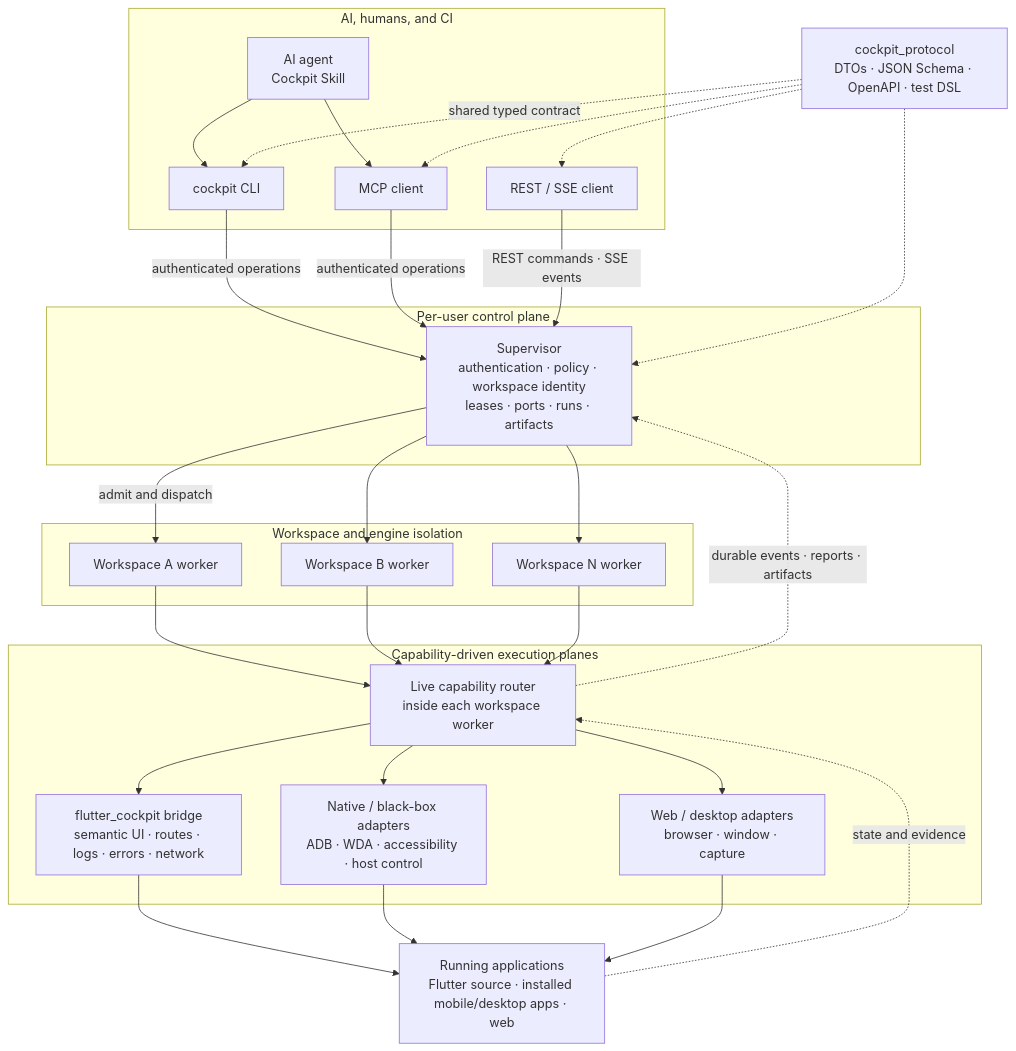
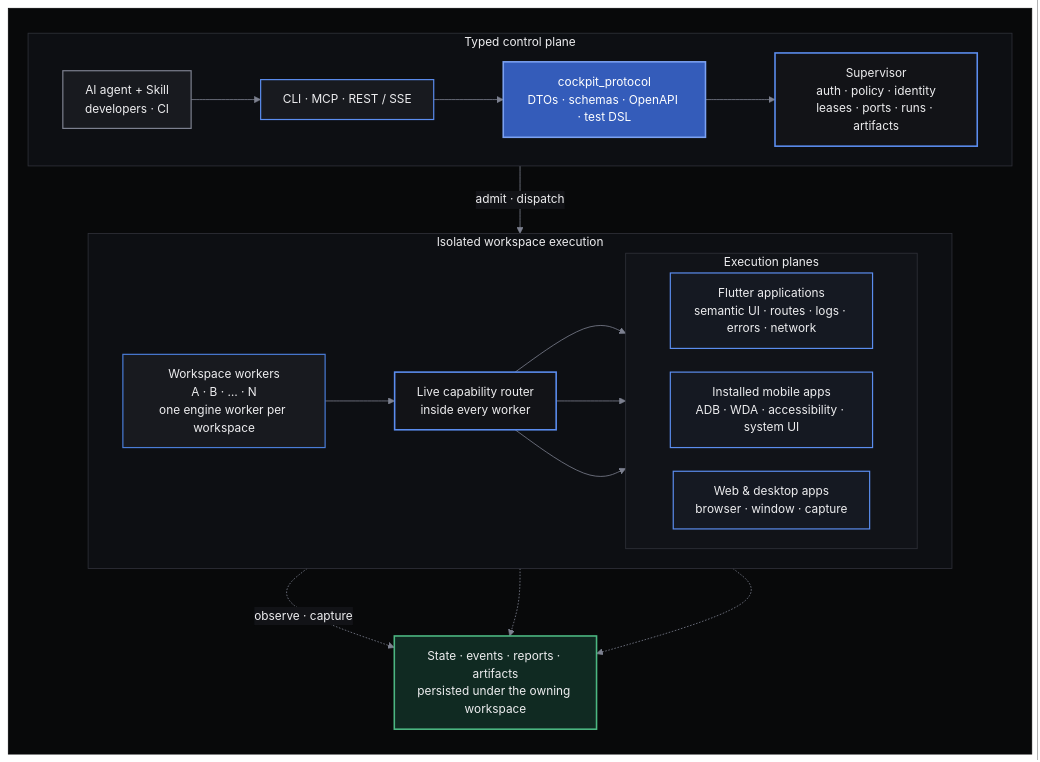
The diagram in README.md (cockpit-dev/cockpit), drawn with Mermaid before and after one commit. The commit also changed 1 other file, not shown here.

Commit message:
docs: refine Cockpit architecture diagram

````diff
--- a/README.md
+++ b/README.md
@@ -119,54 +119,61 @@
 ```mermaid
+%%{init: {"theme": "base", "themeVariables": {"darkMode": true, "background": "#08090A", "fontFamily": "system-ui, -apple-system, BlinkMacSystemFont, Segoe UI, sans-serif", "fontSize": "15px", "primaryColor": "#181A1F", "primaryTextColor": "#EDEDEF", "primaryBorderColor": "#5B8DEF", "lineColor": "#7D8190", "secondaryColor": "#121317", "tertiaryColor": "#0D0F13", "clusterBkg": "#0D0F13", "clusterBorder": "#30323A", "edgeLabelBackground": "#121317"}, "flowchart": {"curve": "basis", "nodeSpacing": 30, "rankSpacing": 38, "padding": 14}}}%%
 flowchart TB
-  subgraph Clients["AI, humans, and CI"]
-    Agent["AI agent<br/>Cockpit Skill"]
-    CLI["cockpit CLI"]
-    MCP["MCP client"]
-    API["REST / SSE client"]
+  subgraph Architecture[" "]
+    direction TB
+  subgraph ControlPath["Typed control plane"]
+    direction LR
+    Actors["AI agent + Skill<br/>developers · CI"]
+    Surfaces["CLI · MCP · REST / SSE"]
+    Contract["cockpit_protocol<br/>DTOs · schemas · OpenAPI · test DSL"]
+    Supervisor["Supervisor<br/>auth · policy · identity<br/>leases · ports · runs · artifacts"]
+    Actors --> Surfaces --> Contract --> Supervisor
   end
 
-  Contract["cockpit_protocol<br/>DTOs · JSON Schema · OpenAPI · test DSL"]
+  subgraph RuntimePath["Isolated workspace execution"]
+    direction LR
+    Workers["Workspace workers<br/>A · B · … · N<br/>one engine worker per workspace"]
+    Router["Live capability router<br/>inside every worker"]
 
-  subgraph Control["Per-user control plane"]
-    Supervisor["Supervisor<br/>authentication · policy · workspace identity<br/>leases · ports · runs · artifacts"]
+    subgraph Planes["Execution planes"]
+      direction LR
+      Flutter["Flutter applications<br/>semantic UI · routes · logs · errors · network"]
+      Native["Installed mobile apps<br/>ADB · WDA · accessibility · system UI"]
+      Desktop["Web & desktop apps<br/>browser · window · capture"]
+    end
+
+    Workers --> Router
+    Router --> Flutter
+    Router --> Native
+    Router --> Desktop
   end
 
-  subgraph Isolation["Workspace and engine isolation"]
-    WorkerA["Workspace A worker"]
-    WorkerB["Workspace B worker"]
-    WorkerN["Workspace N worker"]
+  Evidence["State · events · reports · artifacts<br/>persisted under the owning workspace"]
+
+  Supervisor -->|admit · dispatch| Workers
+  Flutter -.->|observe · capture| Evidence
+  Native -.-> Evidence
+  Desktop -.-> Evidence
   end
 
-  subgraph Execution["Capability-driven execution planes"]
-    Router["Live capability router<br/>inside each workspace worker"]
-    Flutter["flutter_cockpit bridge<br/>semantic UI · routes · logs · errors · network"]
-    Native["Native / black-box adapters<br/>ADB · WDA · accessibility · host control"]
-    Web["Web / desktop adapters<br/>browser · window · capture"]
-  end
+  classDef actor fill:#181A1F,stroke:#7D8190,color:#EDEDEF,stroke-width:1.5px
+  classDef surface fill:#181A1F,stroke:#5B8DEF,color:#EDEDEF,stroke-width:1.5px
+  classDef contract fill:#345CBA,stroke:#7BA1F2,color:#FFFFFF,stroke-width:2px
+  classDef control fill:#121317,stroke:#5B8DEF,color:#EDEDEF,stroke-width:2px
+  classDef worker fill:#181A1F,stroke:#4A7DD8,color:#EDEDEF,stroke-width:1.5px
+  classDef plane fill:#151922,stroke:#5B8DEF,color:#EDEDEF,stroke-width:1.5px
+  classDef evidence fill:#102A22,stroke:#4CB782,color:#EDEDEF,stroke-width:2px
 
-  Targets["Running applications<br/>Flutter source · installed mobile/desktop apps · web"]
+  class Actors actor
+  class Surfaces surface
+  class Contract contract
+  class Supervisor,Router control
+  class Workers worker
+  class Flutter,Native,Desktop plane
+  class Evidence evidence
 
-  Agent --> CLI
-  Agent --> MCP
-  CLI -->|authenticated operations| Supervisor
-  MCP -->|authenticated operations| Supervisor
-  API -->|REST commands · SSE events| Supervisor
-  Contract -.->|shared typed contract| CLI
-  Contract -.-> MCP
-  Contract -.-> API
-  Contract -.-> Supervisor
-  Supervisor -->|admit and dispatch| WorkerA
-  Supervisor --> WorkerB
-  Supervisor --> WorkerN
-  WorkerA --> Router
-  WorkerB --> Router
-  WorkerN --> Router
-  Router --> Flutter
-  Router --> Native
-  Router --> Web
-  Flutter --> Targets
-  Native --> Targets
-  Web --> Targets
-  Targets -.->|state and evidence| Router
-  Router -.->|durable events · reports · artifacts| Supervisor
+  style Architecture fill:#08090A,stroke:#08090A,color:#EDEDEF
+  style ControlPath fill:#0D0F13,stroke:#30323A,color:#EDEDEF
+  style RuntimePath fill:#0D0F13,stroke:#30323A,color:#EDEDEF
+  style Planes fill:#111318,stroke:#30323A,color:#EDEDEF
 ```
````
